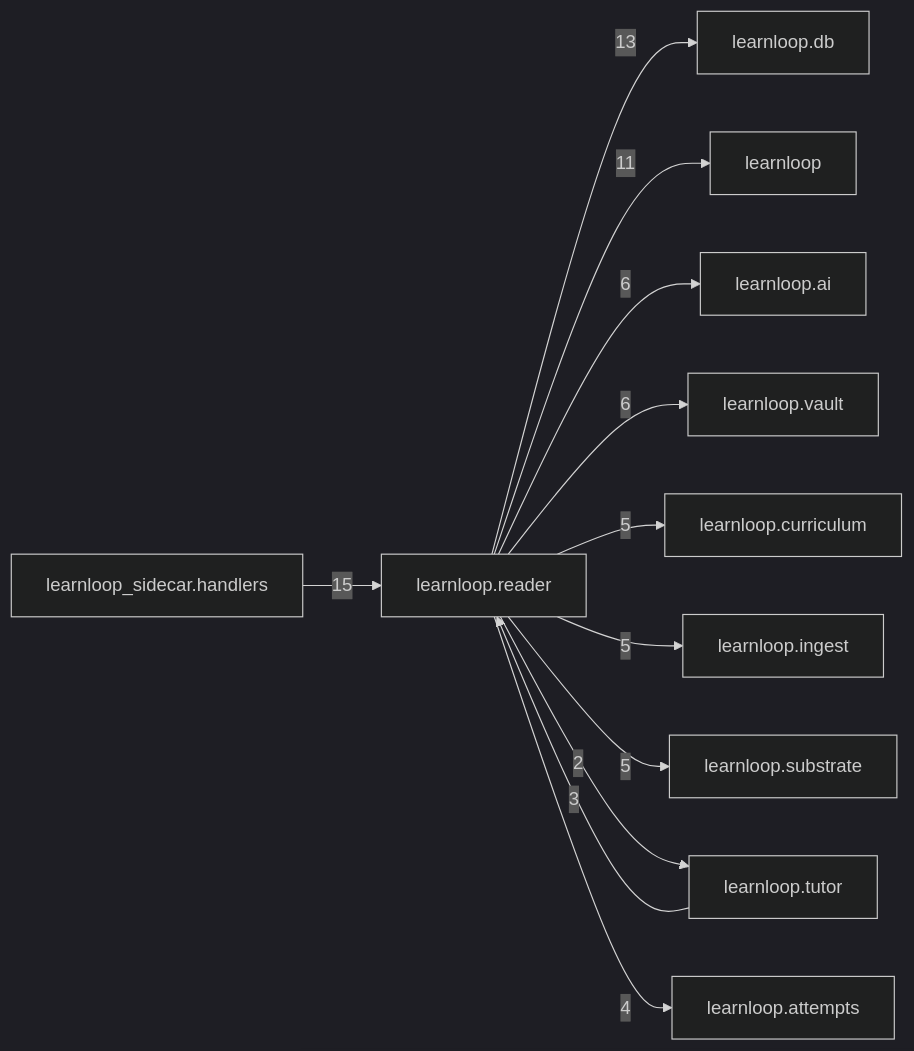
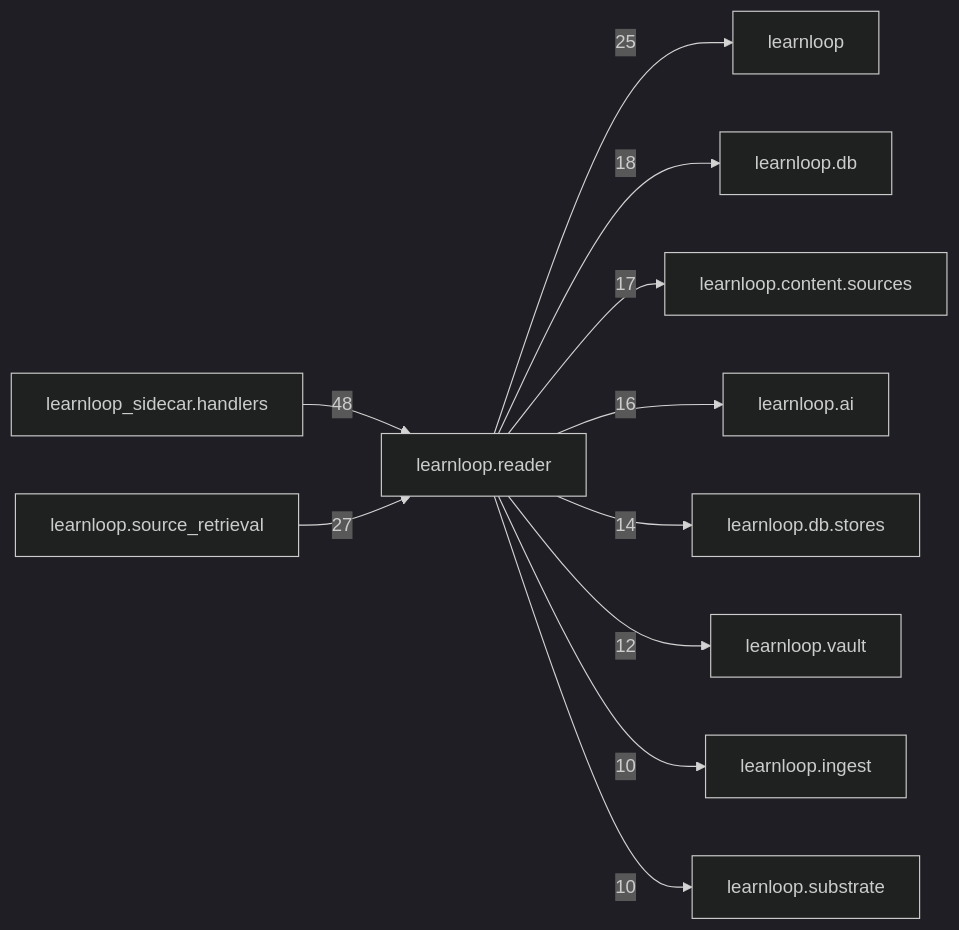
One commit to 6up-b/learnanything changed the diagram in docs/learnloop-architecture-vault/Reference/Modules/learnloop/reader/_package.md. Above: the diagram before and after it, drawn with Mermaid (dark theme). The commit also changed other lines of this file and 1202 other files, not shown here.

````diff
--- a/docs/learnloop-architecture-vault/Reference/Modules/learnloop/reader/_package.md
+++ b/docs/learnloop-architecture-vault/Reference/Modules/learnloop/reader/_package.md
@@ -109,25 +148,24 @@
 ```mermaid
 flowchart LR
     center["learnloop.reader"]
     n_learnloop_sidecar_handlers["learnloop_sidecar.handlers"]
+    n_learnloop_source_retrieval["learnloop.source_retrieval"]
+    n_learnloop["learnloop"]
     n_learnloop_db["learnloop.db"]
-    n_learnloop["learnloop"]
+    n_learnloop_content_sources["learnloop.content.sources"]
     n_learnloop_ai["learnloop.ai"]
+    n_learnloop_db_stores["learnloop.db.stores"]
     n_learnloop_vault["learnloop.vault"]
-    n_learnloop_curriculum["learnloop.curriculum"]
     n_learnloop_ingest["learnloop.ingest"]
     n_learnloop_substrate["learnloop.substrate"]
-    n_learnloop_tutor["learnloop.tutor"]
-    n_learnloop_attempts["learnloop.attempts"]
-    n_learnloop_sidecar_handlers -->|15| center
-    center -->|13| n_learnloop_db
-    center -->|11| n_learnloop
-    center -->|6| n_learnloop_ai
-    center -->|6| n_learnloop_vault
-    center -->|5| n_learnloop_curriculum
-    center -->|5| n_learnloop_ingest
-    center -->|5| n_learnloop_substrate
-    n_learnloop_tutor -->|3| center
-    center -->|2| n_learnloop_tutor
-    center -->|4| n_learnloop_attempts
+    n_learnloop_sidecar_handlers -->|48| center
+    n_learnloop_source_retrieval -->|27| center
+    center -->|25| n_learnloop
+    center -->|18| n_learnloop_db
+    center -->|17| n_learnloop_content_sources
+    center -->|16| n_learnloop_ai
+    center -->|14| n_learnloop_db_stores
+    center -->|12| n_learnloop_vault
+    center -->|10| n_learnloop_ingest
+    center -->|10| n_learnloop_substrate
 ```
````
